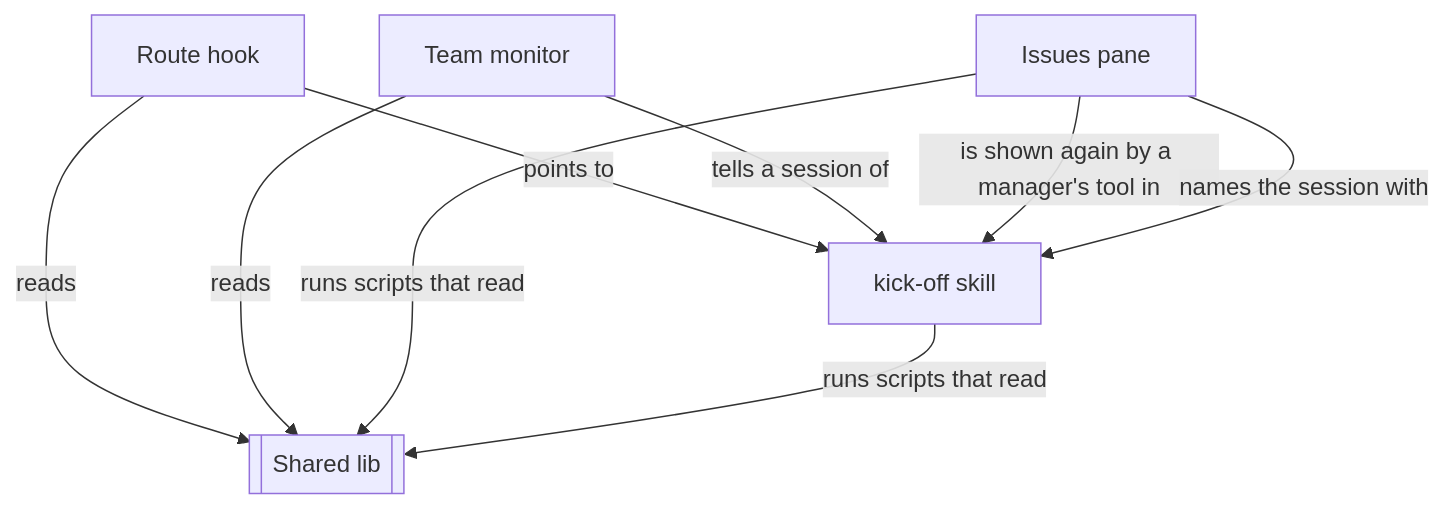
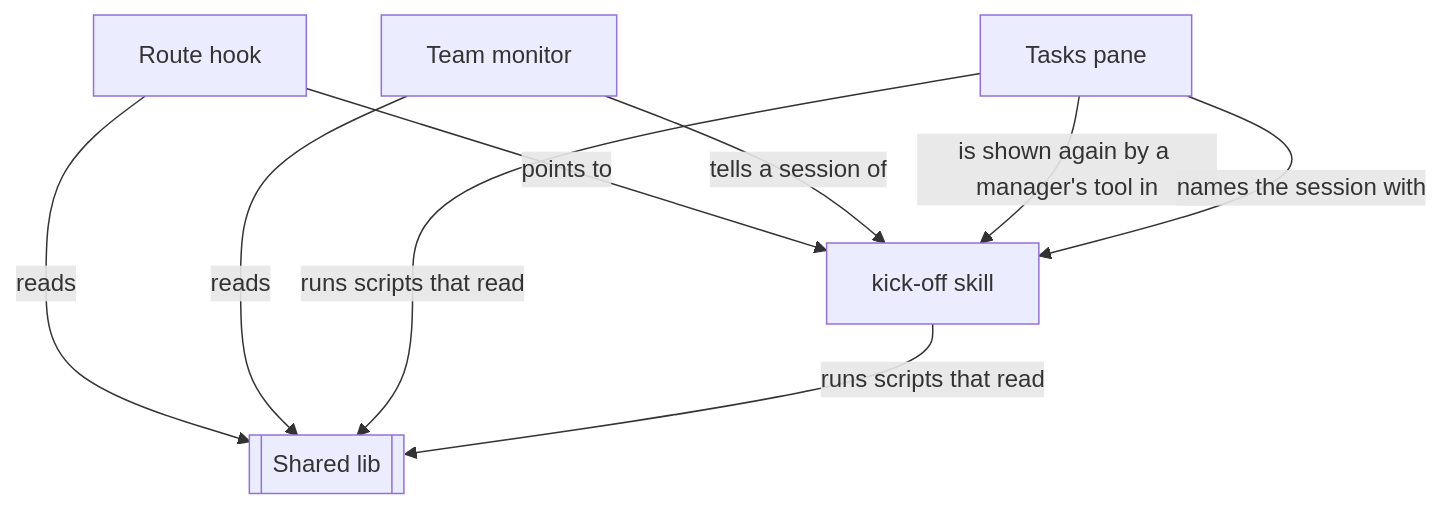
Before and after one commit to kalaluthien/mumu-claude-plugin: the first of 3 diagrams in README.md, drawn with Mermaid. The commit also changed other lines of this file and 72 other files, not shown here.

````diff
--- a/README.md
+++ b/README.md
@@ -34,16 +34,16 @@
 ```mermaid
 flowchart TB
   n_hook["Route hook"]
   n_monitor["Team monitor"]
-  n_pane["Issues pane"]
+  n_pane["Tasks pane"]
   n_kick["kick-off skill"]
   n_lib[["Shared lib"]]
   n_hook -->|"points to"| n_kick
   n_monitor -->|"tells a session of"| n_kick
   n_pane -->|"is shown again by a manager's tool in"| n_kick
   n_hook -->|"reads"| n_lib
   n_monitor -->|"reads"| n_lib
   n_pane -->|"runs scripts that read"| n_lib
   n_pane -->|"names the session with"| n_kick
   n_kick -->|"runs scripts that read"| n_lib
 ```
````
